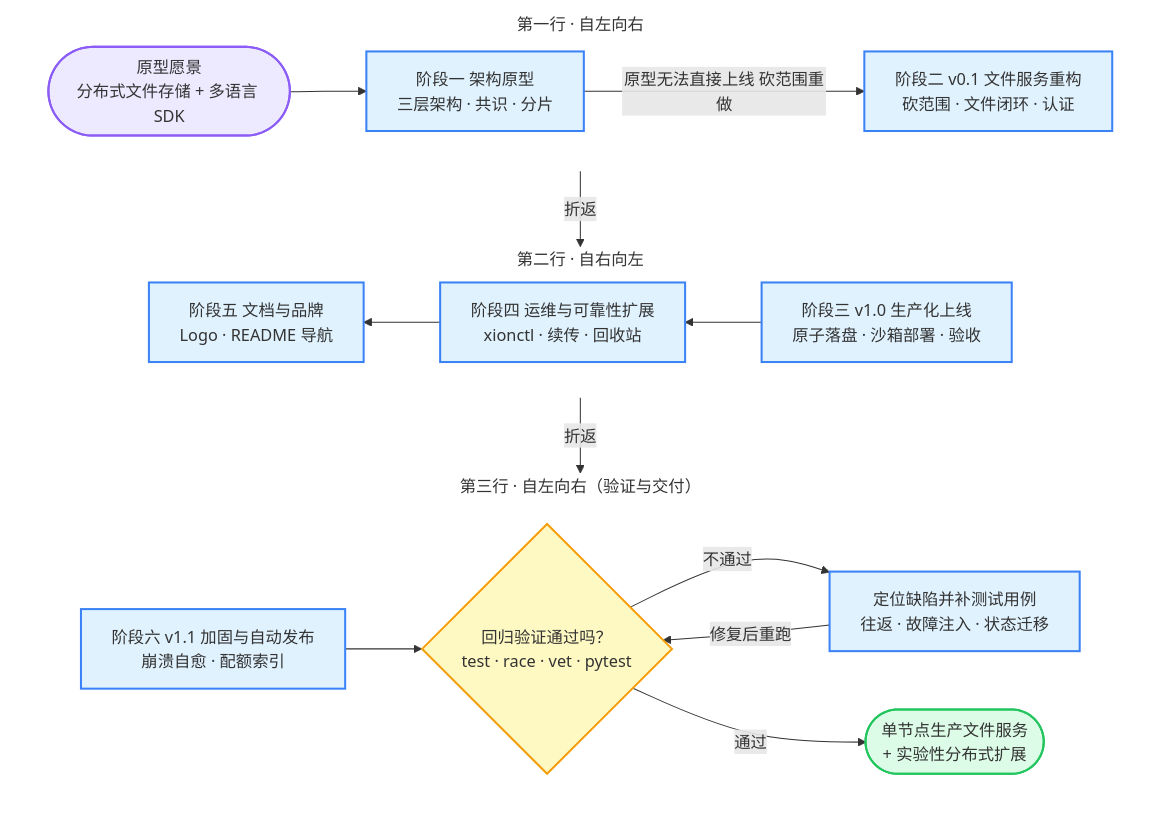
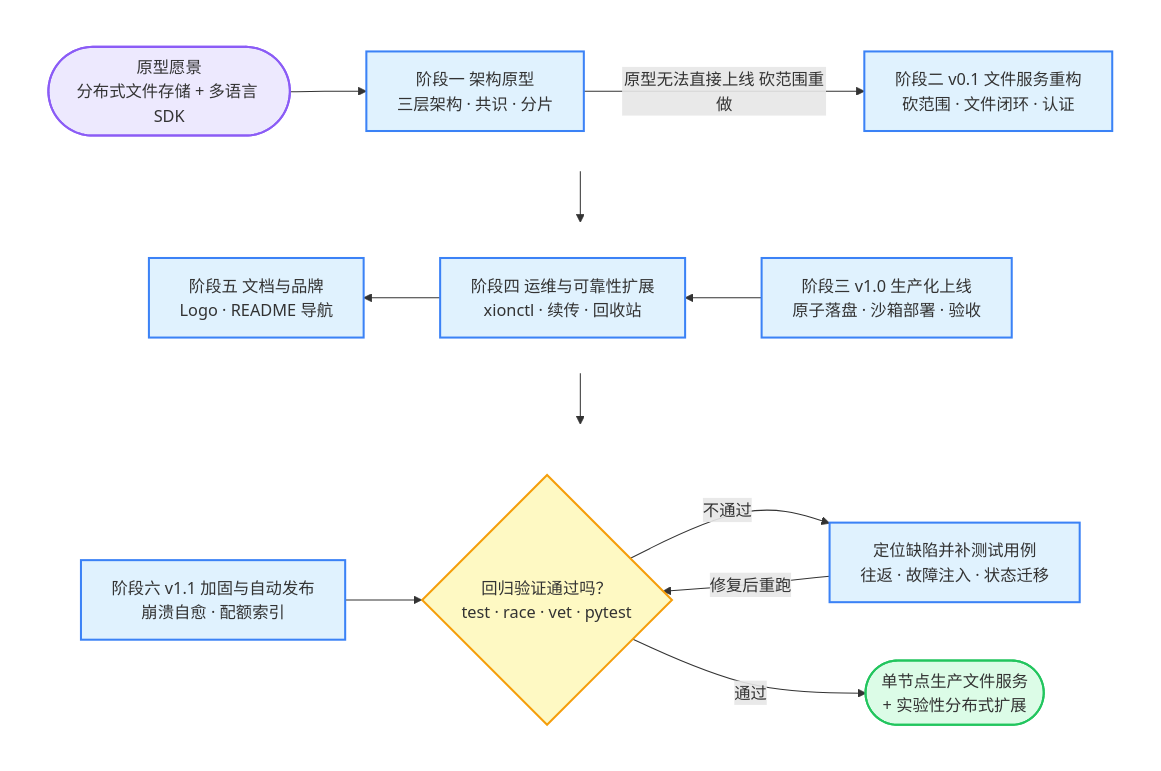
The third of 3 diagrams in 开发指南.md (Kylinlixd/AstraStoreXion), drawn with Mermaid before and after one commit. The commit also changed other lines of this file, not shown here.

Commit message:
docs: 流程图去掉行标题，三层之间只保留向下折返箭头

````diff
--- a/开发指南.md
+++ b/开发指南.md
@@ -77,43 +77,43 @@
 ```mermaid
 graph TB
     classDef startend fill:#EDE9FE,stroke:#8B5CF6,stroke-width:2px
     classDef process fill:#E0F2FE,stroke:#3B82F6,stroke-width:2px
     classDef decision fill:#FEF9C3,stroke:#F59E0B,stroke-width:2px
     classDef result fill:#DCFCE7,stroke:#22C55E,stroke-width:2px
 
-    subgraph ROW1["第一行 · 自左向右"]
+    subgraph ROW1[" "]
         direction LR
         A(["原型愿景<br/>分布式文件存储 + 多语言 SDK"]):::startend
         B["阶段一 架构原型<br/>三层架构 · 共识 · 分片"]:::process
         D["阶段二 v0.1 文件服务重构<br/>砍范围 · 文件闭环 · 认证"]:::process
         A --> B
         B -->|原型无法直接上线 砍范围重做| D
     end
 
-    subgraph ROW2["第二行 · 自右向左"]
+    subgraph ROW2[" "]
         direction RL
         E["阶段三 v1.0 生产化上线<br/>原子落盘 · 沙箱部署 · 验收"]:::process
         F["阶段四 运维与可靠性扩展<br/>xionctl · 续传 · 回收站"]:::process
         G["阶段五 文档与品牌<br/>Logo · README 导航"]:::process
         E --> F
         F --> G
     end
 
-    subgraph ROW3["第三行 · 自左向右（验证与交付）"]
+    subgraph ROW3[" "]
         direction LR
         H["阶段六 v1.1 加固与自动发布<br/>崩溃自愈 · 配额索引"]:::process
         I{"回归验证通过吗？<br/>test · race · vet · pytest"}:::decision
         J["定位缺陷并补测试用例<br/>往返 · 故障注入 · 状态迁移"]:::process
         K(["单节点生产文件服务<br/>+ 实验性分布式扩展"]):::result
         H --> I
         I -->|不通过| J
         J -->|修复后重跑| I
         I -->|通过| K
     end
 
-    ROW1 -->|折返| ROW2
-    ROW2 -->|折返| ROW3
+    ROW1 --> ROW2
+    ROW2 --> ROW3
     style ROW1 fill:none,stroke:none
     style ROW2 fill:none,stroke:none
     style ROW3 fill:none,stroke:none
 ```
````
